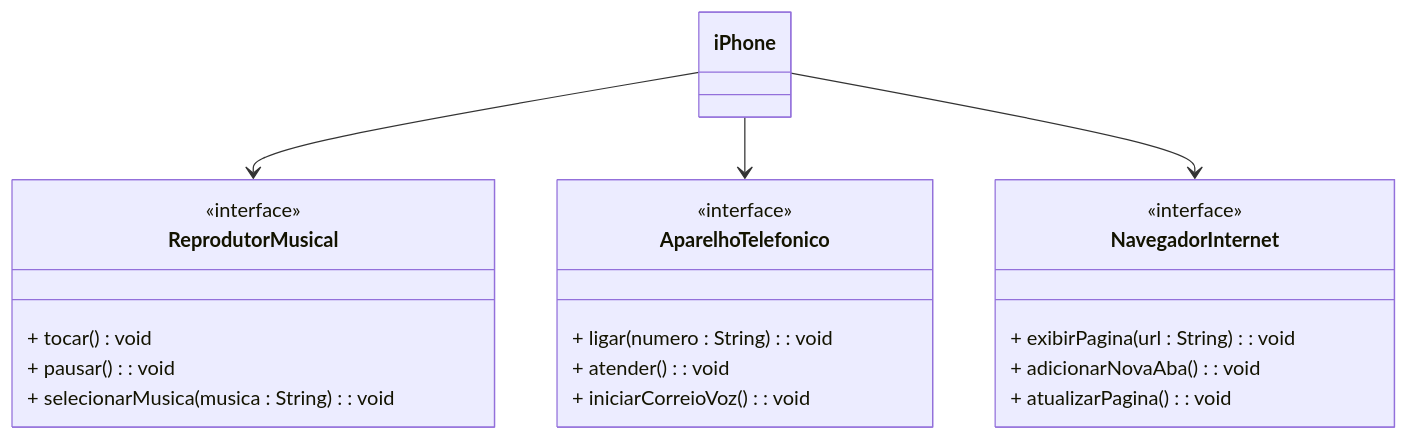
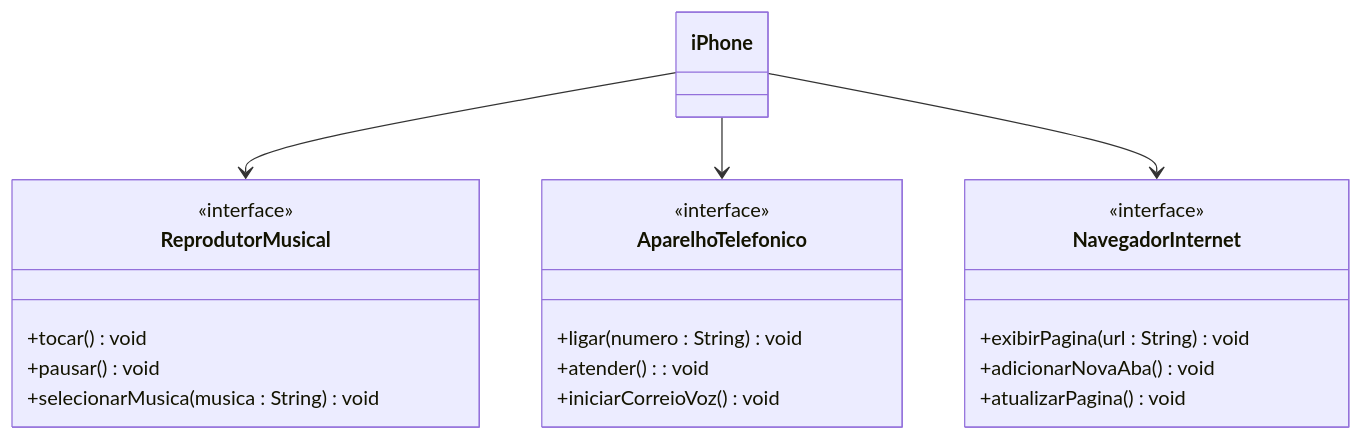
Before and after one commit to jpetterson88/dio-trilha-java-basico: the diagram in desafio-iphone/README.md, drawn with Mermaid.

````diff
--- a/desafio-iphone/README.md
+++ b/desafio-iphone/README.md
@@ -3,30 +3,30 @@
 ```mermaid
 classDiagram
     class ReprodutorMusical {
         <<interface>>
-        + tocar() void 
-        + pausar() : void
-        + selecionarMusica(musica : String) : void
+        +tocar() void 
+        +pausar() void
+        +selecionarMusica(musica : String) void
     }
 
     class AparelhoTelefonico {
         <<interface>>
-        + ligar(numero : String) : void
-        + atender() : void
-        + iniciarCorreioVoz() : void
+        +ligar(numero : String) void
+        +atender() : void
+        +iniciarCorreioVoz() void
     }
 
     class NavegadorInternet {
         <<interface>>
-        + exibirPagina(url : String) : void
-        + adicionarNovaAba() : void
-        + atualizarPagina() : void
+        +exibirPagina(url : String) void
+        +adicionarNovaAba() void
+        +atualizarPagina() void
     }
 
     class iPhone {
     }
 
     iPhone --> ReprodutorMusical
     iPhone --> AparelhoTelefonico
     iPhone --> NavegadorInternet
 ```
````
